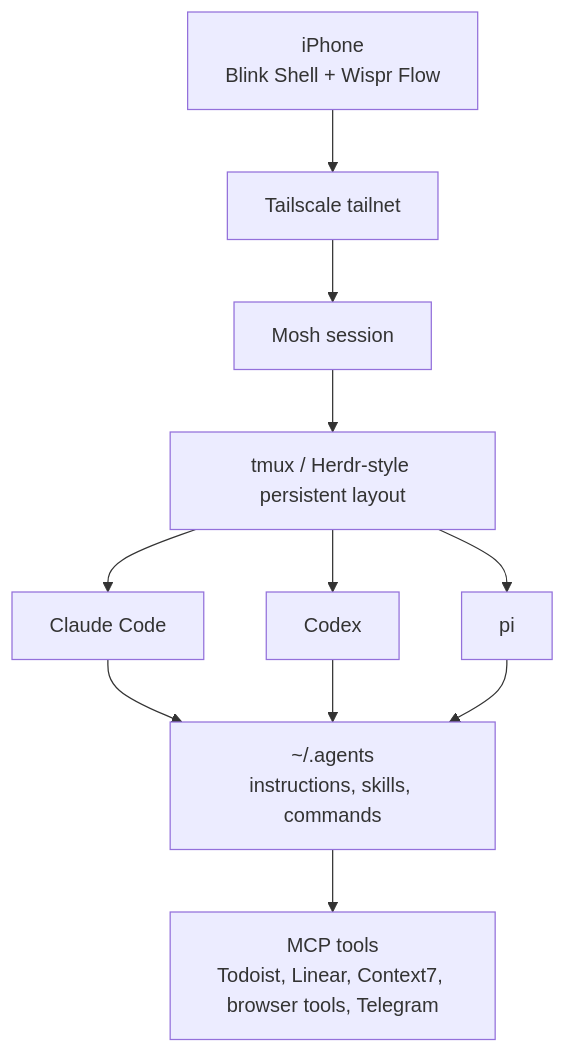
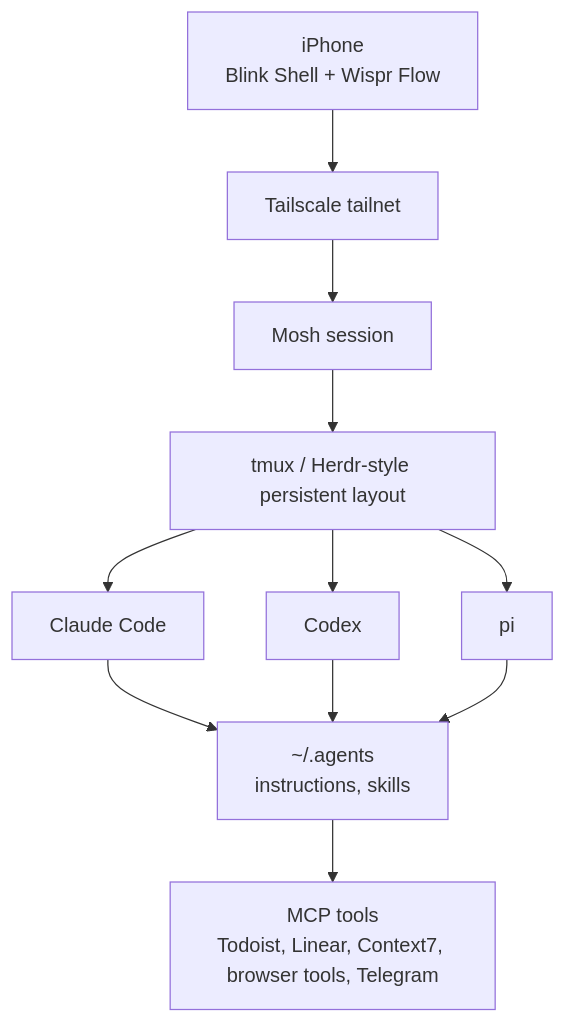
One commit to absolutepraya/blog changed the first of 2 diagrams in content/posts/agents-dev-setup-on-iphone.md. Above: the diagram before and after it, drawn with Mermaid. The commit also changed other lines of this file, not shown here.

````diff
--- a/content/posts/agents-dev-setup-on-iphone.md
+++ b/content/posts/agents-dev-setup-on-iphone.md
@@ -58,14 +58,14 @@
 ```mermaid
 graph TD
     Phone["iPhone<br>Blink Shell + Wispr Flow"]
     Phone --> Tailnet["Tailscale tailnet"]
     Tailnet --> Mosh["Mosh session"]
     Mosh --> Tmux["tmux / Herdr-style persistent layout"]
     Tmux --> Claude["Claude Code"]
     Tmux --> Codex["Codex"]
     Tmux --> Pi["pi"]
-    Claude --> Shared["~/.agents<br>instructions, skills, commands"]
+    Claude --> Shared["~/.agents<br>instructions, skills"]
     Codex --> Shared
     Pi --> Shared
     Shared --> Tools["MCP tools<br>Todoist, Linear, Context7, browser tools, Telegram"]
 ```
````
